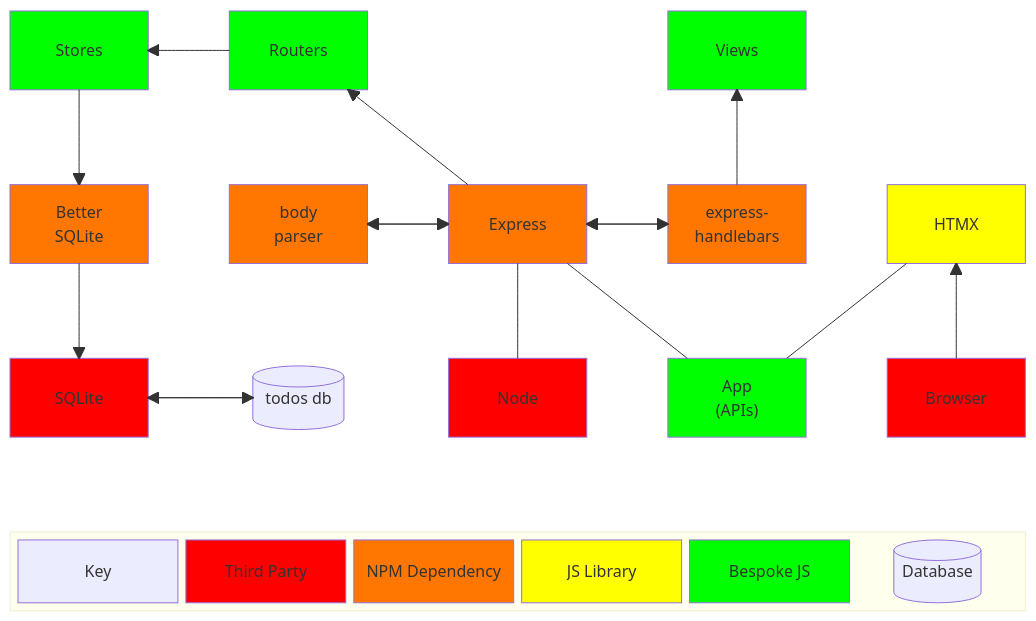
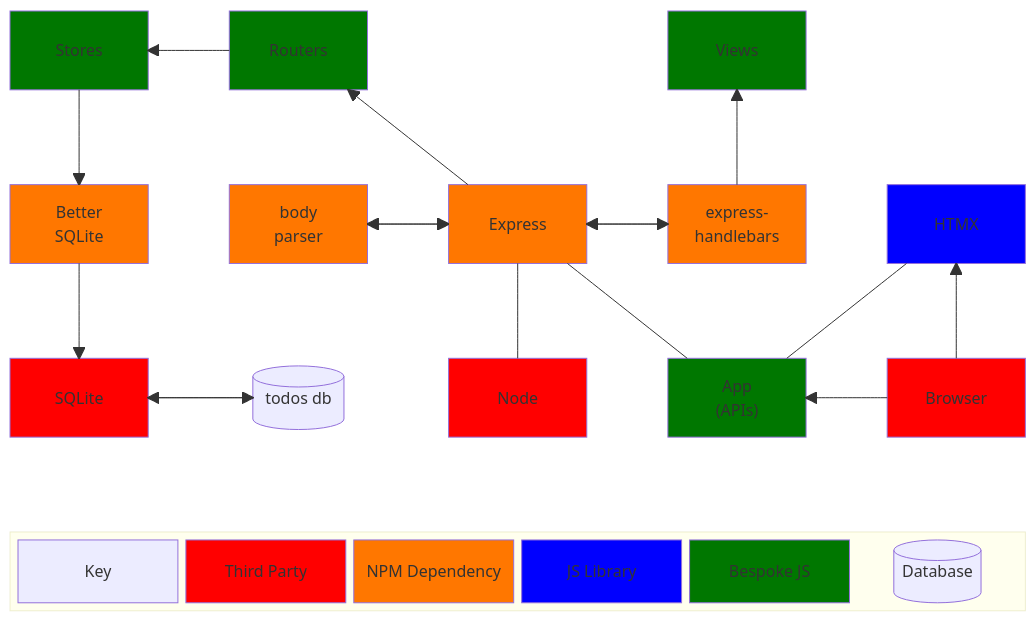
One commit to TracyGJG/htmx-sqlite-todo changed the diagram in README.md. Above: the diagram before and after it, drawn with Mermaid.

Commit message:
Update README.md
Diagram update

````diff
--- a/README.md
+++ b/README.md
@@ -80,6 +80,7 @@
         5[("&nbsp;Database&nbsp;")]
     end
 
+    B --> A
     Sq --> db
     db --> Sq
     St --> BS
@@ -105,11 +106,11 @@
     style BP fill:#f70,color:#fff
     style Hbs fill:#f70,color:#fff
     style Ex fill:#f70,color:#fff
-    style 3 fill:#ff0
-    style H fill:#ff0
-    style 4 fill:#0f0
-    style St fill:#0f0
-    style R fill:#0f0
-    style V fill:#0f0
-    style A fill:#0f0
+    style 3 fill:#00f,color:#fff
+    style H fill:#00f,color:#fff
+    style 4 fill:#070,color:#fff
+    style St fill:#070,color:#fff
+    style R fill:#070,color:#fff
+    style V fill:#070,color:#fff
+    style A fill:#070,color:#fff
 ```
````
